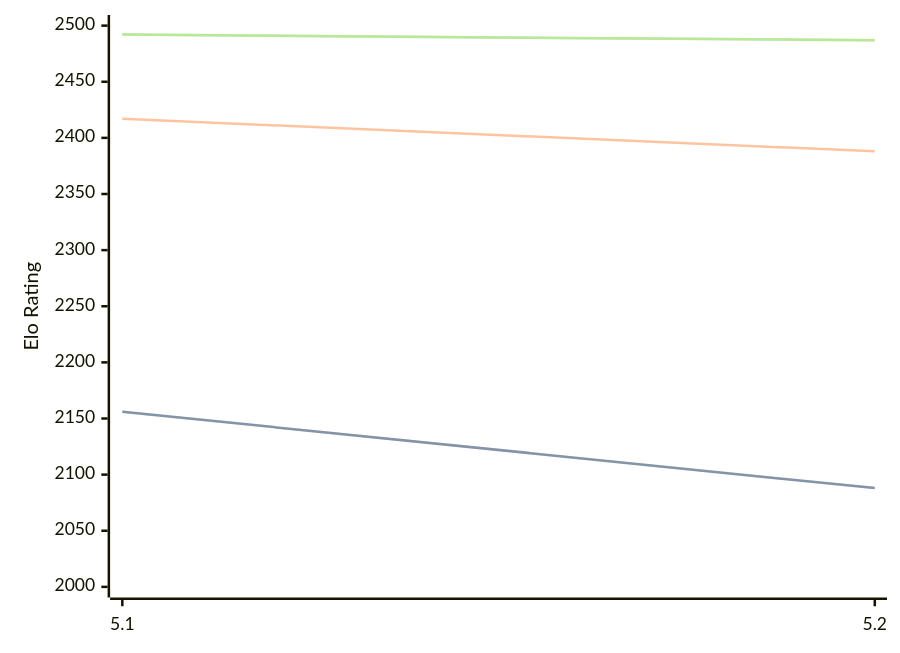
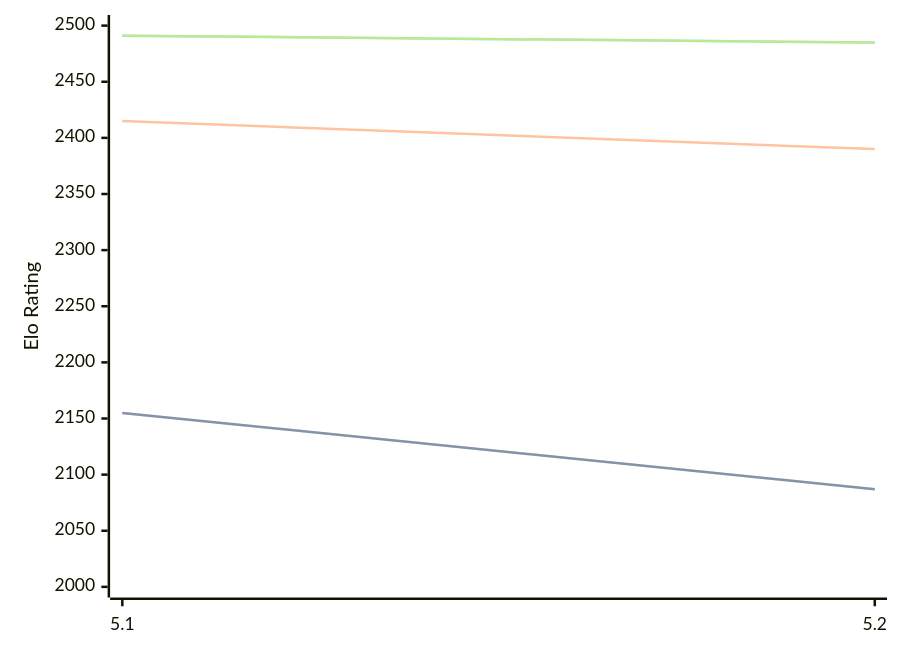
The third of 3 diagrams in engines/Prophet.md (computer-chess-index/cci), drawn with Mermaid before and after one commit. The commit also changed other lines of this file, not shown here.

Commit message:
Update CCI Ratings (ELO VLTC) - 2026-06-26

````diff
--- a/engines/Prophet.md
+++ b/engines/Prophet.md
@@ -71,11 +71,11 @@
 ```mermaid
 %%{init: {"theme":"base","themeVariables":{"seriesColors:['#a3a3a3','#222221','#faa371']}}}%%
 xychart-beta
   x-axis ["5.1", "5.2"]
   y-axis "Elo Rating" 2000 --> 2500
-  line "STC (8.0+0.08s)" [2156, 2088]
-  line "STC (8.0+0.08s)" [2156, 2088]
-  line "LTC (60.0+0.60s)" [2417, 2388]
-  line "VLTC (2m24s+1.12s)" [2492, 2487]
-  line "VLTC (2m24s+1.12s)" [2492, 2487]
+  line "STC (8.0+0.08s)" [2155, 2087]
+  line "STC (8.0+0.08s)" [2155, 2087]
+  line "LTC (60.0+0.60s)" [2415, 2390]
+  line "VLTC (2m24s+1.12s)" [2491, 2485]
+  line "VLTC (2m24s+1.12s)" [2491, 2485]
 ```
````
